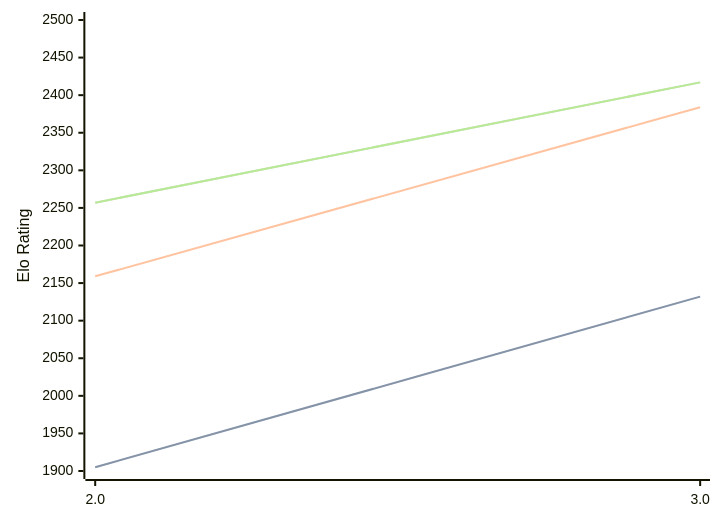
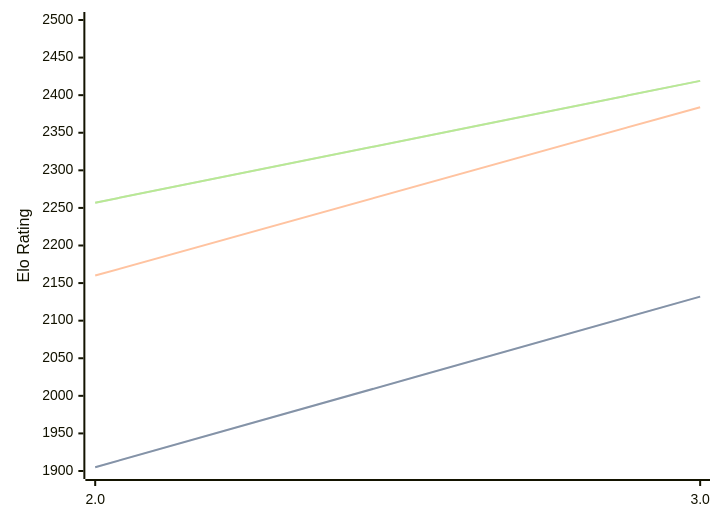
Before and after one commit to computer-chess-index/cci: the diagram in engines/Zeno.md, drawn with Mermaid. The commit also changed other lines of this file, not shown here.

Commit message:
Update CCI Ratings (ELO VLTC) - 2026-10-03

````diff
--- a/engines/Zeno.md
+++ b/engines/Zeno.md
@@ -32,11 +32,11 @@
 ```mermaid
 %%{init: {"theme":"base","themeVariables":{"seriesColors:['#a3a3a3','#222221','#faa371']}}}%%
 xychart-beta
   x-axis ["2.0", "3.0"]
   y-axis "Elo Rating" 1900 --> 2500
   line "" [1905, 2132]
   line "STC (8.0+0.08s)" [1905, 2132]
-  line "LTC (60.0+0.60s)" [2159, 2384]
-  line "" [2257, 2417]
-  line "VLTC (2m24s+1.12s)" [2257, 2417]
+  line "LTC (60.0+0.60s)" [2160, 2384]
+  line "" [2257, 2419]
+  line "VLTC (2m24s+1.12s)" [2257, 2419]
 ```
````
